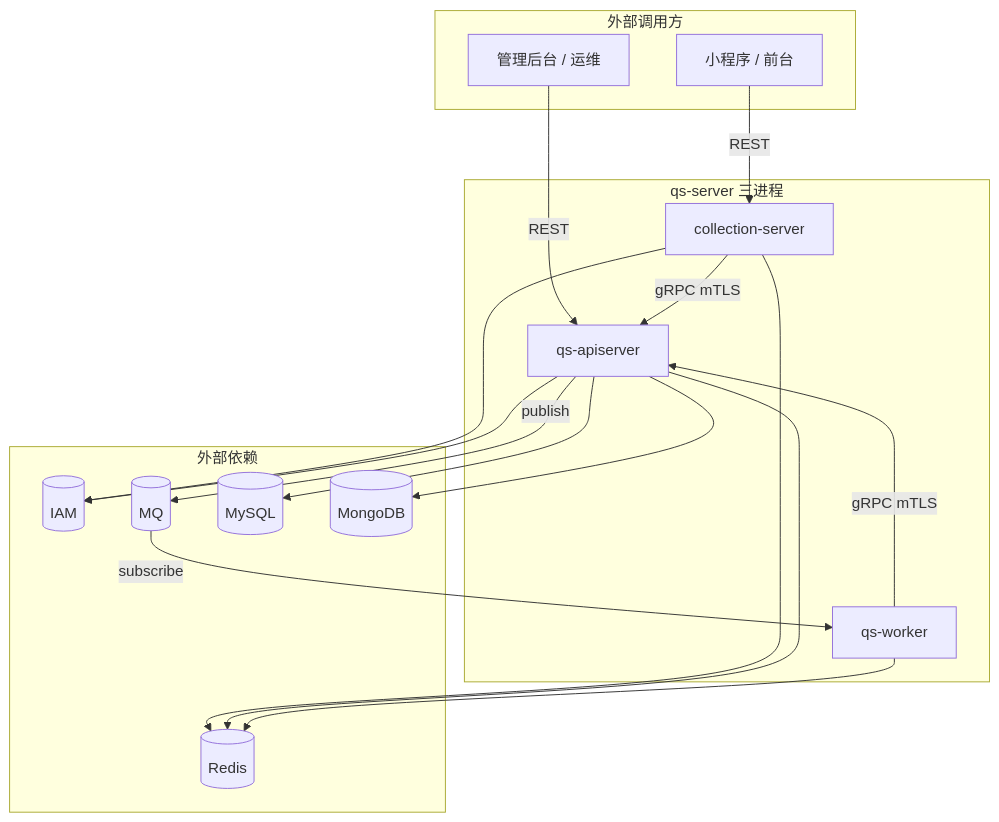
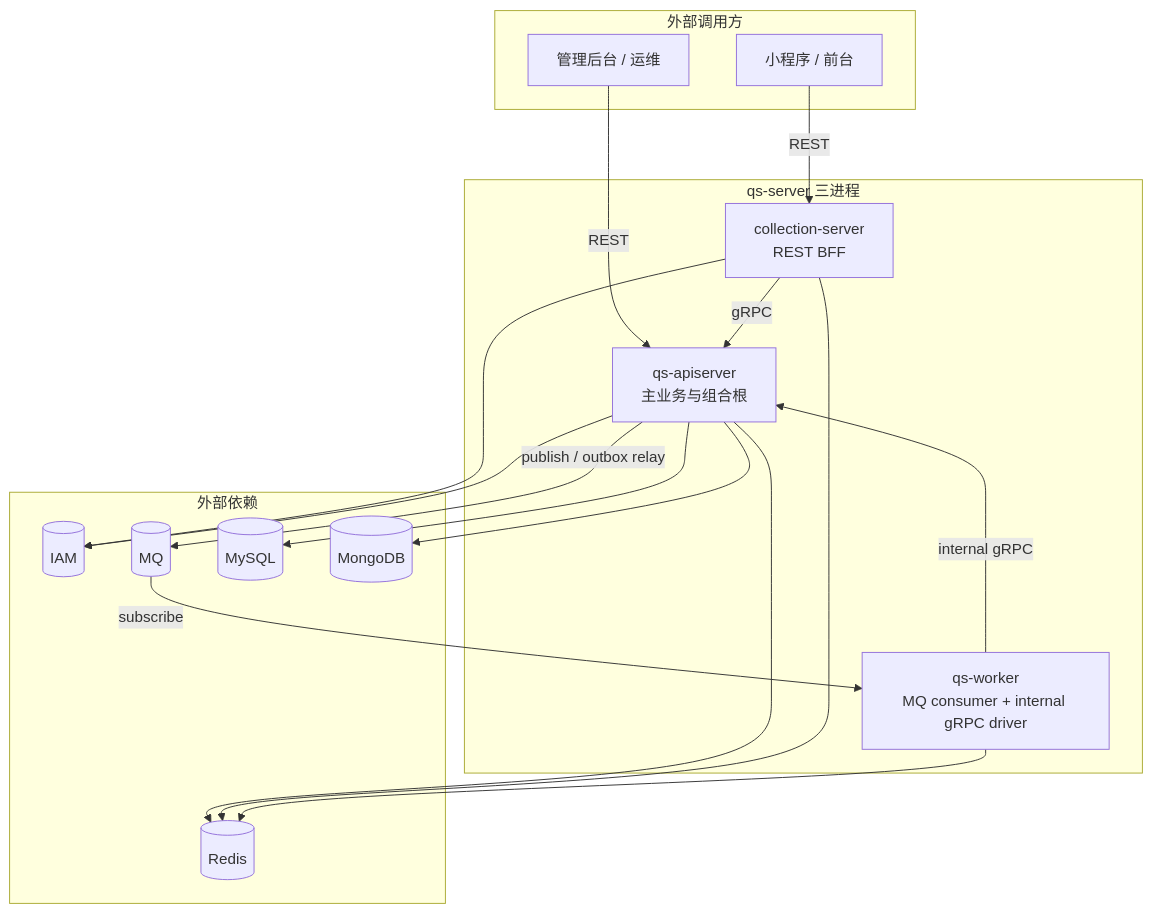
Before and after one commit to FangcunMount/qs-server: the diagram in docs/01-运行时/README.md, drawn with Mermaid. The commit also changed other lines of this file and 18 other files, not shown here.

````diff
--- a/docs/01-运行时/README.md
+++ b/docs/01-运行时/README.md
@@ -56,39 +126,39 @@
 ```mermaid
 flowchart TB
     subgraph clients[外部调用方]
         MP[小程序 / 前台]
-        ADM[管理后台 / 运维]
+        Admin[管理后台 / 运维]
     end
 
-    subgraph processes[qs-server 三进程]
-        COL[collection-server]
-        API[qs-apiserver]
-        WK[qs-worker]
+    subgraph qs[qs-server 三进程]
+        COL[collection-server<br/>REST BFF]
+        API[qs-apiserver<br/>主业务与组合根]
+        WK[qs-worker<br/>MQ consumer + internal gRPC driver]
     end
 
-    subgraph external[外部依赖]
+    subgraph deps[外部依赖]
         IAM[(IAM)]
         MQ[(MQ)]
-        MY[(MySQL)]
-        MG[(MongoDB)]
-        RD[(Redis)]
+        MySQL[(MySQL)]
+        Mongo[(MongoDB)]
+        Redis[(Redis)]
     end
 
     MP -->|REST| COL
-    ADM -->|REST| API
+    Admin -->|REST| API
 
-    COL -->|gRPC mTLS| API
-    WK -->|gRPC mTLS| API
+    COL -->|gRPC| API
+    WK -->|internal gRPC| API
 
-    COL --> RD
-    API --> MY
-    API --> MG
-    API --> RD
-    WK --> RD
+    API -->|publish / outbox relay| MQ
+    MQ -->|subscribe| WK
 
     COL --> IAM
     API --> IAM
 
-    API -->|publish| MQ
-    MQ -->|subscribe| WK
+    API --> MySQL
+    API --> Mongo
+    API --> Redis
+    COL --> Redis
+    WK --> Redis
 ```
````
